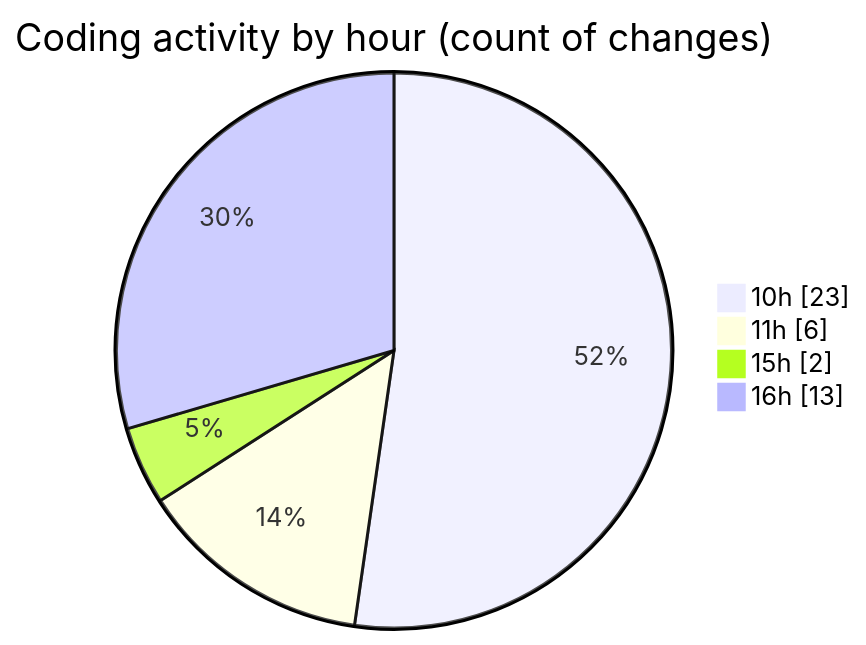
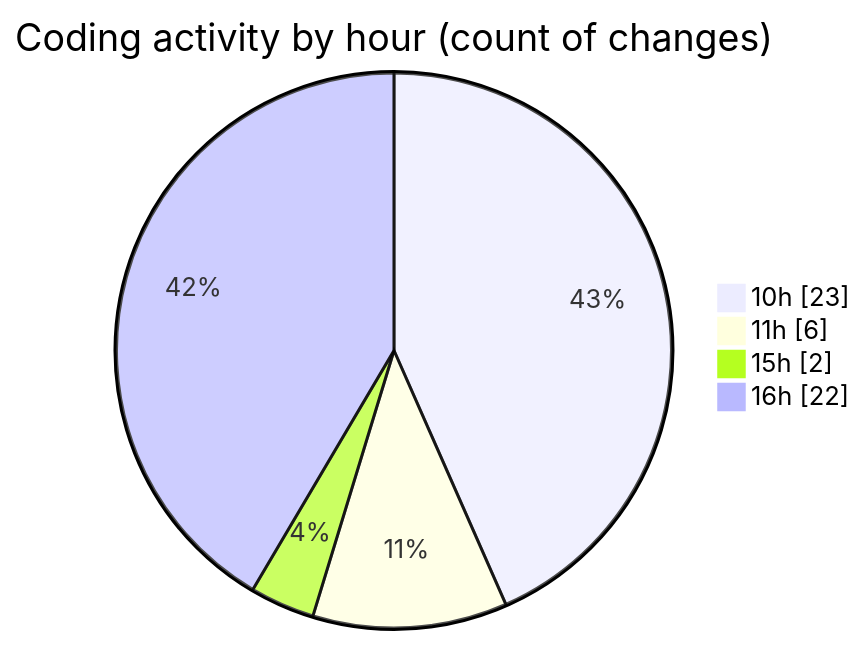
The second of 2 diagrams in 2026-05-04/nxtqube_webapp/README.md (nxtqubesakshisongat/code-tracking), drawn with Mermaid before and after one commit. The commit also changed other lines of this file and 1 other file, not shown here.

````diff
--- a/2026-05-04/nxtqube_webapp/README.md
+++ b/2026-05-04/nxtqube_webapp/README.md
@@ -34,8 +34,8 @@
 ```mermaid
 pie showData
 title Coding activity by hour (count of changes)
 "10h" : 23
 "11h" : 6
 "15h" : 2
-"16h" : 13
+"16h" : 22
 ```
````
